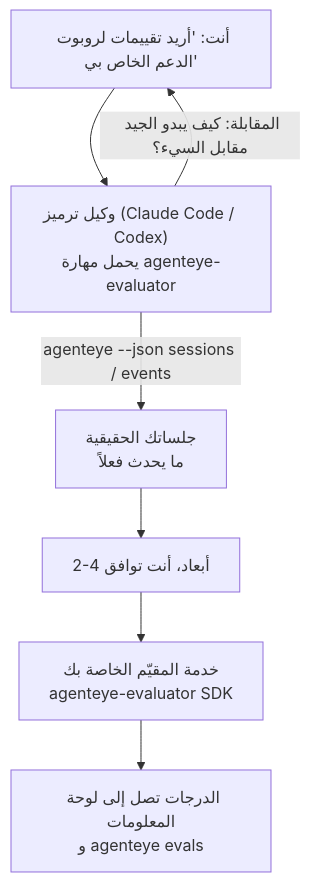
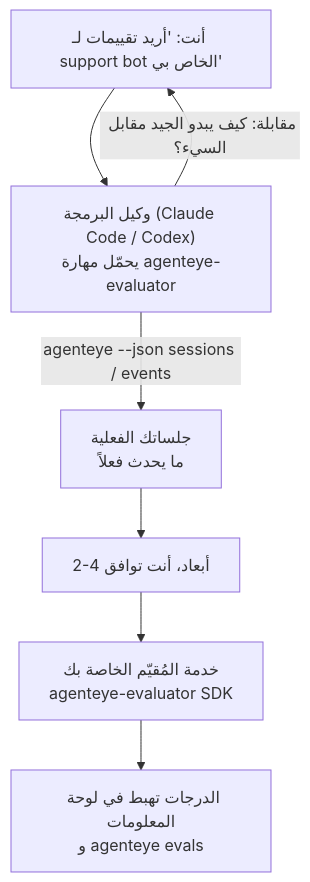
One commit to FailproofAI/failproofai changed the diagram in docs/ar/agenteye/evaluator-skill.mdx. Above: the diagram before and after it, drawn with Mermaid. The commit also changed other lines of this file and 649 other files, not shown here.

````diff
--- a/docs/ar/agenteye/evaluator-skill.mdx
+++ b/docs/ar/agenteye/evaluator-skill.mdx
@@ -21,9 +22,9 @@
 ```mermaid
 flowchart TD
-    YOU["أنت: 'أريد تقييمات لروبوت الدعم الخاص بي'"] --> AGENT["وكيل ترميز (Claude Code / Codex)<br/>يحمل مهارة agenteye-evaluator"]
-    AGENT -->|"المقابلة: كيف يبدو الجيد مقابل السيء؟"| YOU
-    AGENT -->|"agenteye --json sessions / events"| DATA["جلساتك الحقيقية<br/>ما يحدث فعلاً"]
+    YOU["أنت: 'أريد تقييمات لـ support bot الخاص بي'"] --> AGENT["وكيل البرمجة (Claude Code / Codex)<br/>يحمّل مهارة agenteye-evaluator"]
+    AGENT -->|"مقابلة: كيف يبدو الجيد مقابل السيء؟"| YOU
+    AGENT -->|"agenteye --json sessions / events"| DATA["جلساتك الفعلية<br/>ما يحدث فعلاً"]
     DATA --> DIMS["2-4 أبعاد، أنت توافق"]
-    DIMS --> SVC["خدمة المقيّم الخاصة بك<br/>agenteye-evaluator SDK"]
-    SVC --> SCORES["الدرجات تصل إلى لوحة المعلومات<br/>و agenteye evals"]
+    DIMS --> SVC["خدمة المُقيّم الخاصة بك<br/>agenteye-evaluator SDK"]
+    SVC --> SCORES["الدرجات تهبط في لوحة المعلومات<br/>و agenteye evals"]
 ```
````
